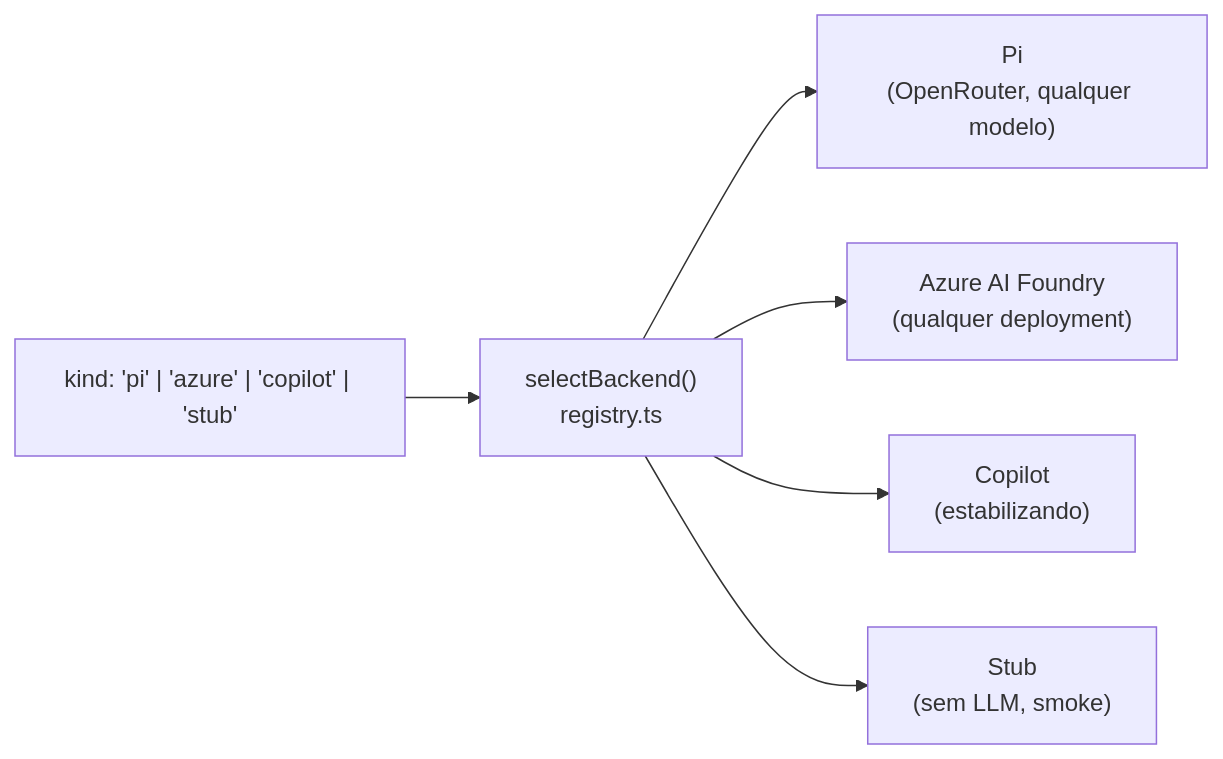
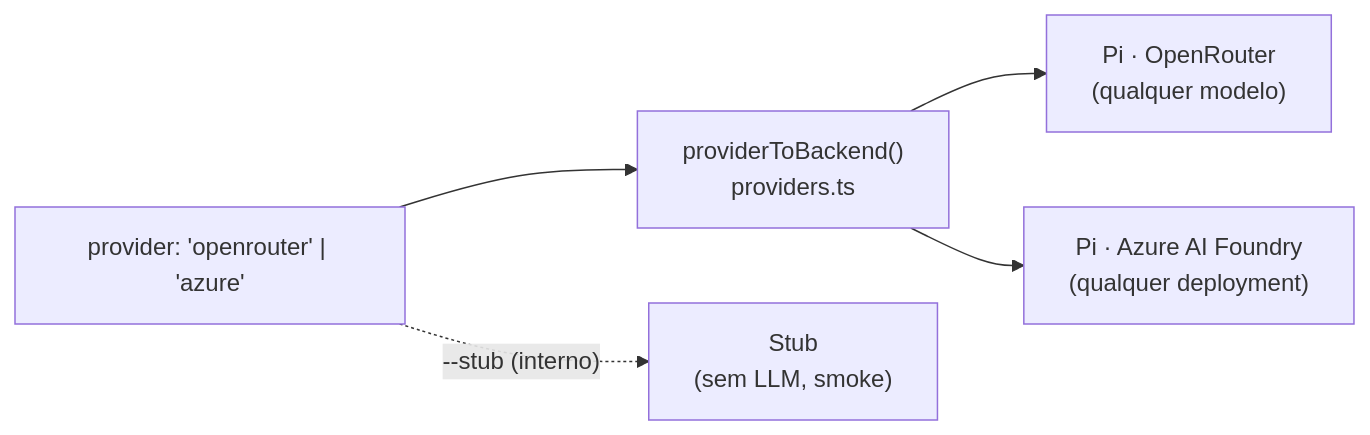
One commit to frederico-kluser/huu changed the third of 3 diagrams in README.md. Above: the diagram before and after it, drawn with Mermaid. The commit also changed other lines of this file and 63 other files, not shown here.

````diff
--- a/README.md
+++ b/README.md
@@ -422,9 +426,8 @@
 ```mermaid
 flowchart LR
-    K["kind: 'pi' | 'azure' | 'copilot' | 'stub'"]
-    K --> R["selectBackend()<br/>registry.ts"]
-    R --> P["Pi<br/>(OpenRouter, qualquer modelo)"]
-    R --> Z["Azure AI Foundry<br/>(qualquer deployment)"]
-    R --> C["Copilot<br/>(estabilizando)"]
-    R --> S["Stub<br/>(sem LLM, smoke)"]
+    P["provider: 'openrouter' | 'azure'"]
+    P --> M["providerToBackend()<br/>providers.ts"]
+    M --> O["Pi · OpenRouter<br/>(qualquer modelo)"]
+    M --> Z["Pi · Azure AI Foundry<br/>(qualquer deployment)"]
+    P -. "--stub (interno)" .-> S["Stub<br/>(sem LLM, smoke)"]
 ```
````
